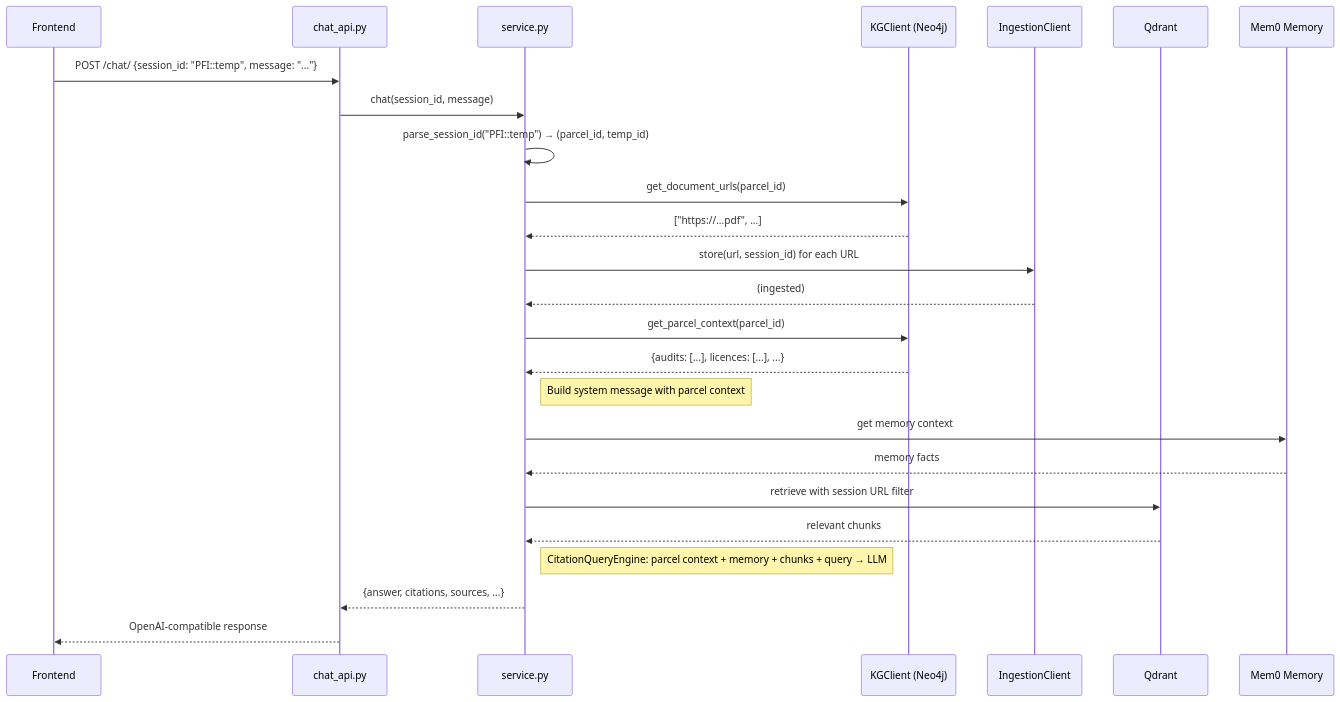
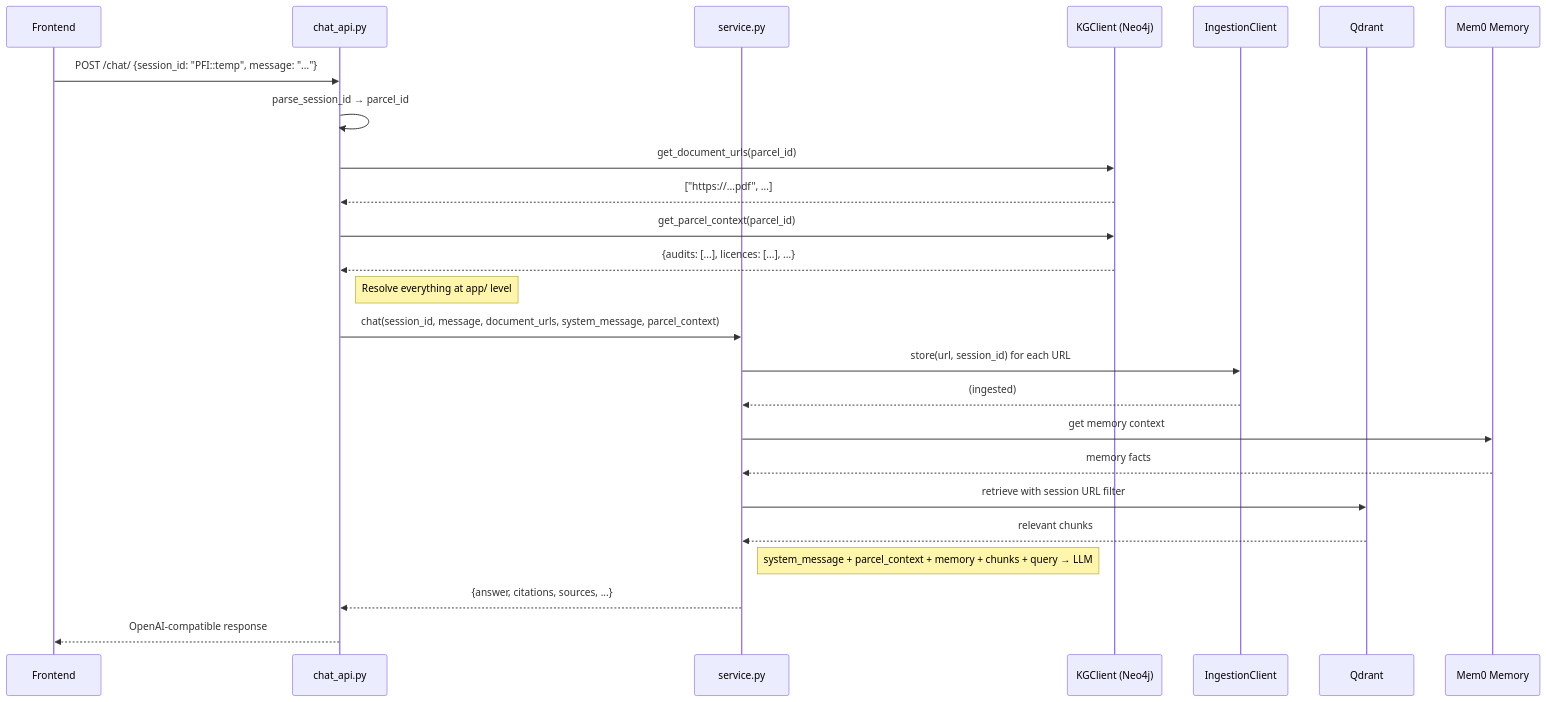
Before and after one commit to xinzhel/veris-chat: the second of 2 diagrams in .kiro/specs/parcel-kg-integration/design.md, drawn with Mermaid. The commit also changed other lines of this file and 6 other files, not shown here.

Commit message:
feat: add deploy_kg scripts, parcel-kg-integration tasks, update design with system_message + parcel_context, S3 data pipeline

````diff
--- a/.kiro/specs/parcel-kg-integration/design.md
+++ b/.kiro/specs/parcel-kg-integration/design.md
@@ -43,28 +43,28 @@
 ```mermaid
 sequenceDiagram
     participant FE as Frontend
     participant API as chat_api.py
     participant SVC as service.py
     participant KG as KGClient (Neo4j)
     participant ING as IngestionClient
     participant QD as Qdrant
     participant MEM as Mem0 Memory
 
     FE->>API: POST /chat/ {session_id: "PFI::temp", message: "..."}
-    API->>SVC: chat(session_id, message)
-    SVC->>SVC: parse_session_id("PFI::temp") → (parcel_id, temp_id)
-    SVC->>KG: get_document_urls(parcel_id)
-    KG-->>SVC: ["https://...pdf", ...]
+    API->>API: parse_session_id → parcel_id
+    API->>KG: get_document_urls(parcel_id)
+    KG-->>API: ["https://...pdf", ...]
+    API->>KG: get_parcel_context(parcel_id)
+    KG-->>API: {audits: [...], licences: [...], ...}
+    Note right of API: Resolve everything at app/ level
+    API->>SVC: chat(session_id, message, document_urls, system_message, parcel_context)
     SVC->>ING: store(url, session_id) for each URL
     ING-->>SVC: (ingested)
-    SVC->>KG: get_parcel_context(parcel_id)
-    KG-->>SVC: {audits: [...], licences: [...], ...}
-    Note right of SVC: Build system message with parcel context
     SVC->>MEM: get memory context
     MEM-->>SVC: memory facts
     SVC->>QD: retrieve with session URL filter
     QD-->>SVC: relevant chunks
-    Note right of SVC: CitationQueryEngine: parcel context + memory + chunks + query → LLM
+    Note right of SVC: system_message + parcel_context + memory + chunks + query → LLM
     SVC-->>API: {answer, citations, sources, ...}
     API-->>FE: OpenAI-compatible response
 ```
````
